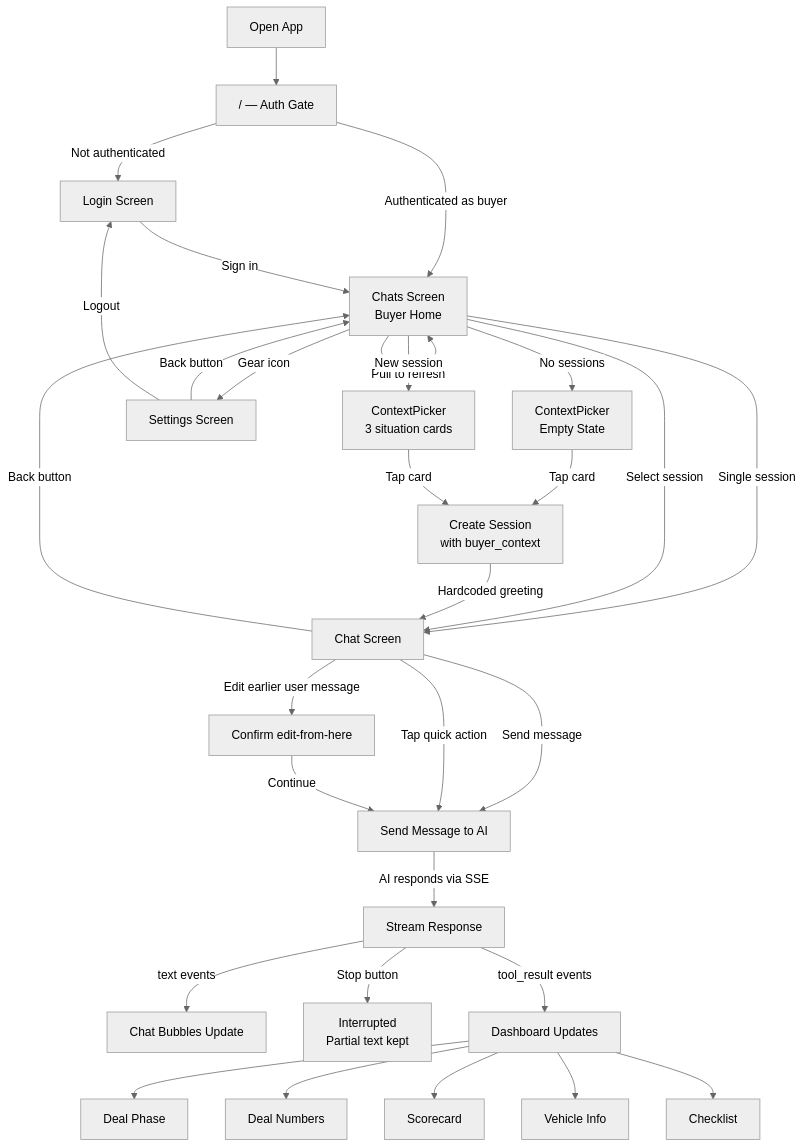
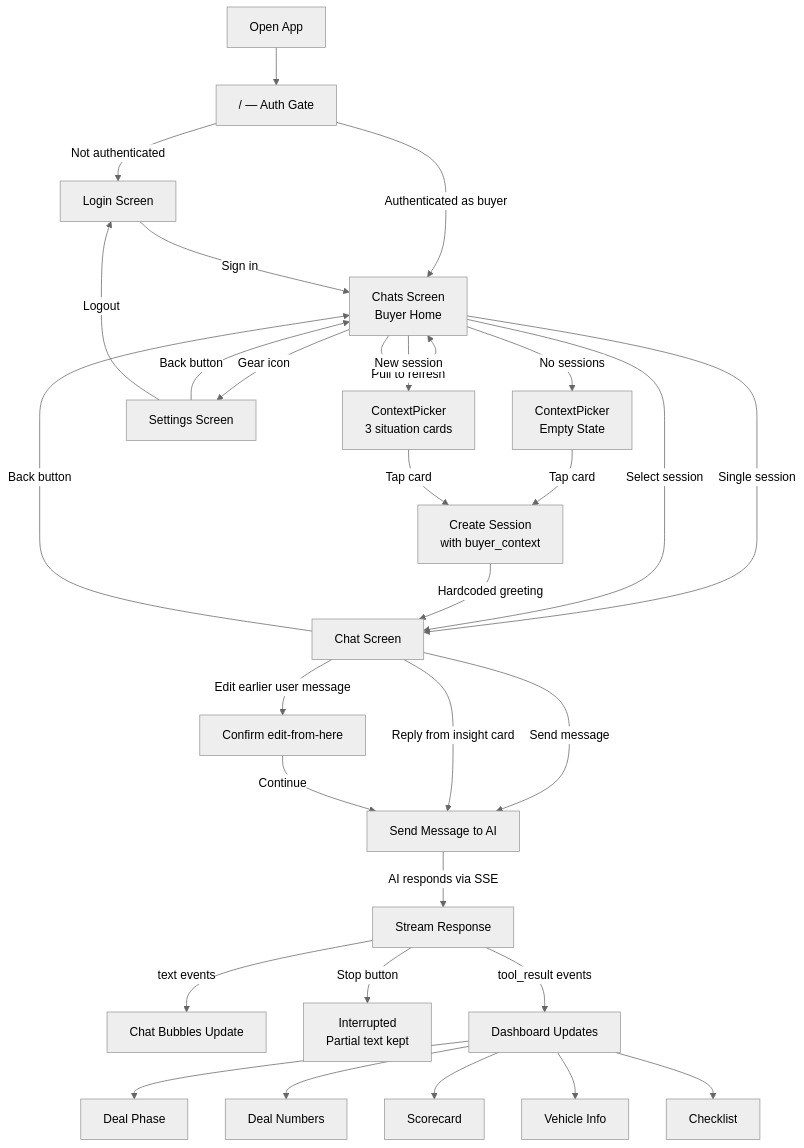
Before and after one commit to kramersmith/dealership-ai: the second of 4 diagrams in docs/diagrams/site-map-and-flows.md, drawn with Mermaid (neutral theme). The commit also changed 62 other files, not shown here.

````diff
--- a/docs/diagrams/site-map-and-flows.md
+++ b/docs/diagrams/site-map-and-flows.md
@@ -84,38 +84,38 @@
 ```mermaid
 flowchart TD
     OPEN[Open App] --> INDEX["/  — Auth Gate"]
     INDEX --> |Not authenticated| LOGIN[Login Screen]
     INDEX --> |Authenticated as buyer| CHATS
 
     LOGIN --> |Sign in| CHATS[Chats Screen\nBuyer Home]
 
     CHATS --> |No sessions| WELCOME[ContextPicker\nEmpty State]
     CHATS --> |Single session| CHAT[Chat Screen]
     CHATS --> |Select session| CHAT
     CHATS --> |Search sessions| CHATS
     CHATS --> |Pull to refresh| CHATS
     CHATS --> |New session| WELCOME_NEW[ContextPicker\n3 situation cards]
     WELCOME --> |Tap card| SESSION_CREATE[Create Session\nwith buyer_context]
     WELCOME_NEW --> |Tap card| SESSION_CREATE
     SESSION_CREATE --> |Hardcoded greeting| CHAT
 
     CHAT --> |Send message| AI[Send Message to AI]
     AI --> |AI responds via SSE| STREAM[Stream Response]
     STREAM --> |text events| BUBBLES[Chat Bubbles Update]
     STREAM --> |Stop button| INTERRUPT[Interrupted\nPartial text kept]
     STREAM --> |tool_result events| DASHBOARD[Dashboard Updates]
     DASHBOARD --> PHASE[Deal Phase]
     DASHBOARD --> NUMBERS[Deal Numbers]
     DASHBOARD --> SCORECARD[Scorecard]
     DASHBOARD --> VEHICLE[Vehicle Info]
     DASHBOARD --> CHECKLIST[Checklist]
 
-    CHAT --> |Tap quick action| AI
+    CHAT --> |Reply from insight card| AI
     CHAT --> |Edit earlier user message| BRANCH_CONFIRM[Confirm edit-from-here]
     BRANCH_CONFIRM --> |Continue| AI
     CHAT --> |Back button| CHATS
 
     CHATS --> |Gear icon| SETTINGS[Settings Screen]
     SETTINGS --> |Back button| CHATS
     SETTINGS --> |Logout| LOGIN
 ```
````
